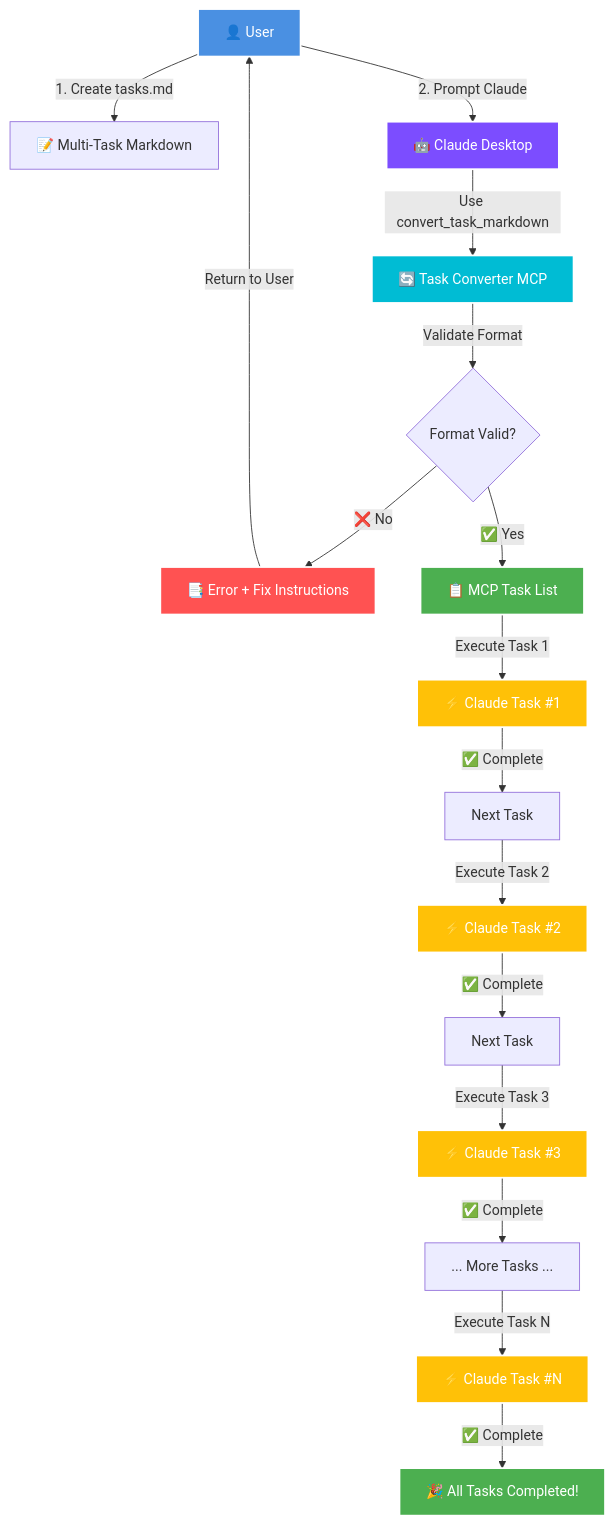
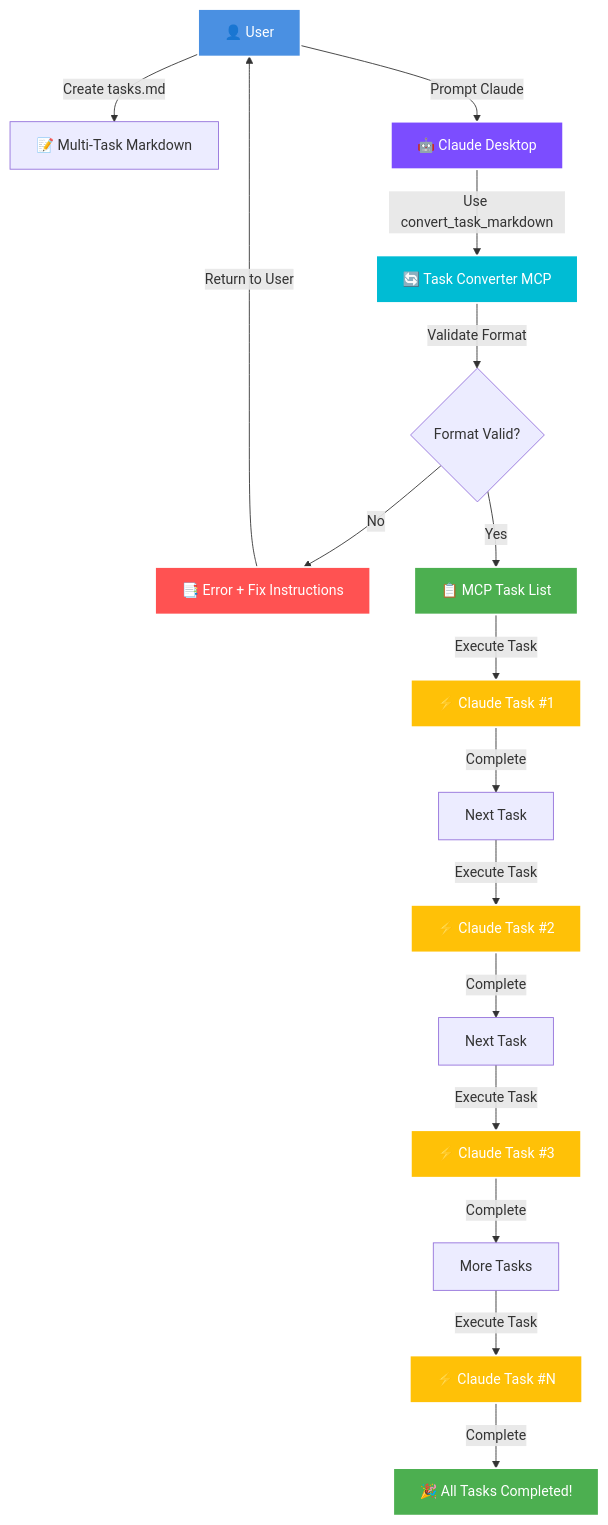
The first of 3 diagrams in README.md (twalichiewicz/meshseeks), drawn with Mermaid before and after one commit. The commit also changed other lines of this file, not shown here.

Commit message:
Fixed Mermaid chart in README.md

````diff
--- a/README.md
+++ b/README.md
@@ -341,29 +341,29 @@
 ```mermaid
 graph TD
-    A[👤 User] -->|1. Create tasks.md| B[📝 Multi-Task Markdown]
-    A -->|2. Prompt Claude| C[🤖 Claude Desktop]
-    C -->|"Use convert_task_markdown"| D[🔄 Task Converter MCP]
-    D -->|Validate Format| E{Format Valid?}
-    E -->|❌ No| F[📑 Error + Fix Instructions]
-    F -->|Return to User| A
-    E -->|✅ Yes| G[📋 MCP Task List]
-    G -->|Execute Task 1| H1[⚡ Claude Task #1]
-    H1 -->|✅ Complete| I1[Next Task]
-    I1 -->|Execute Task 2| H2[⚡ Claude Task #2]
-    H2 -->|✅ Complete| I2[Next Task]
-    I2 -->|Execute Task 3| H3[⚡ Claude Task #3]
-    H3 -->|✅ Complete| I3[... More Tasks ...]
-    I3 -->|Execute Task N| HN[⚡ Claude Task #N]
-    HN -->|✅ Complete| IN[🎉 All Tasks Completed!]
+    A["👤 User"] -->|"Create tasks.md"| B["📝 Multi-Task Markdown"]
+    A -->|"Prompt Claude"| C["🤖 Claude Desktop"]
+    C -->|"Use convert_task_markdown"| D["🔄 Task Converter MCP"]
+    D -->|"Validate Format"| E{"Format Valid?"}
+    E -->|"No"| F["📑 Error + Fix Instructions"]
+    F -->|"Return to User"| A
+    E -->|"Yes"| G["📋 MCP Task List"]
+    G -->|"Execute Task"| H1["⚡ Claude Task #1"]
+    H1 -->|"Complete"| I1["Next Task"]
+    I1 -->|"Execute Task"| H2["⚡ Claude Task #2"]
+    H2 -->|"Complete"| I2["Next Task"]
+    I2 -->|"Execute Task"| H3["⚡ Claude Task #3"]
+    H3 -->|"Complete"| I3["More Tasks"]
+    I3 -->|"Execute Task"| HN["⚡ Claude Task #N"]
+    HN -->|"Complete"| IN["🎉 All Tasks Completed!"]
     
     style A fill:#4A90E2,stroke:#fff,stroke-width:2px,color:#fff
     style C fill:#7C4DFF,stroke:#fff,stroke-width:2px,color:#fff
     style D fill:#00BCD4,stroke:#fff,stroke-width:2px,color:#fff
     style F fill:#FF5252,stroke:#fff,stroke-width:2px,color:#fff
     style G fill:#4CAF50,stroke:#fff,stroke-width:2px,color:#fff
     style H1 fill:#FFC107,stroke:#fff,stroke-width:2px,color:#fff
     style H2 fill:#FFC107,stroke:#fff,stroke-width:2px,color:#fff
     style H3 fill:#FFC107,stroke:#fff,stroke-width:2px,color:#fff
     style HN fill:#FFC107,stroke:#fff,stroke-width:2px,color:#fff
     style IN fill:#4CAF50,stroke:#fff,stroke-width:2px,color:#fff
 ```
````
